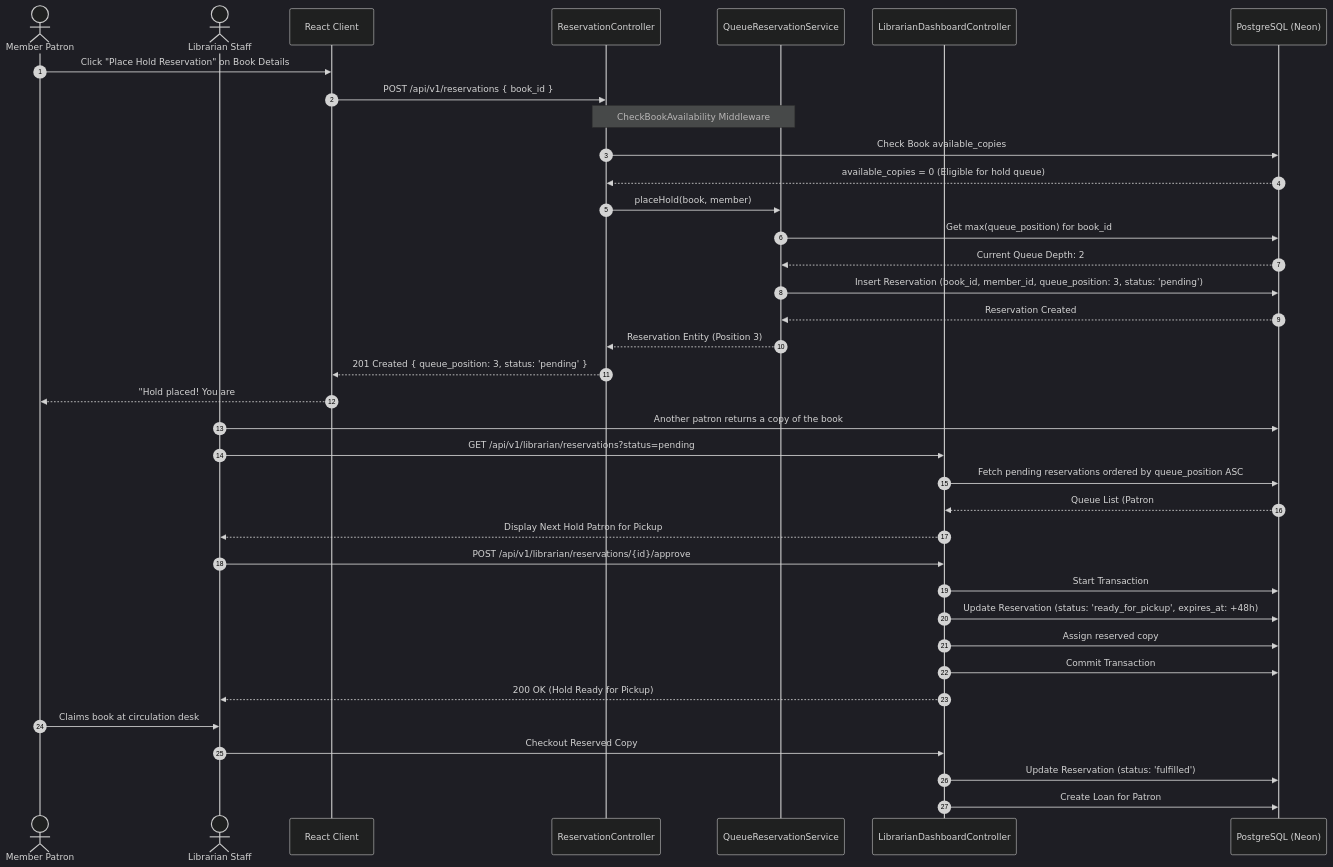
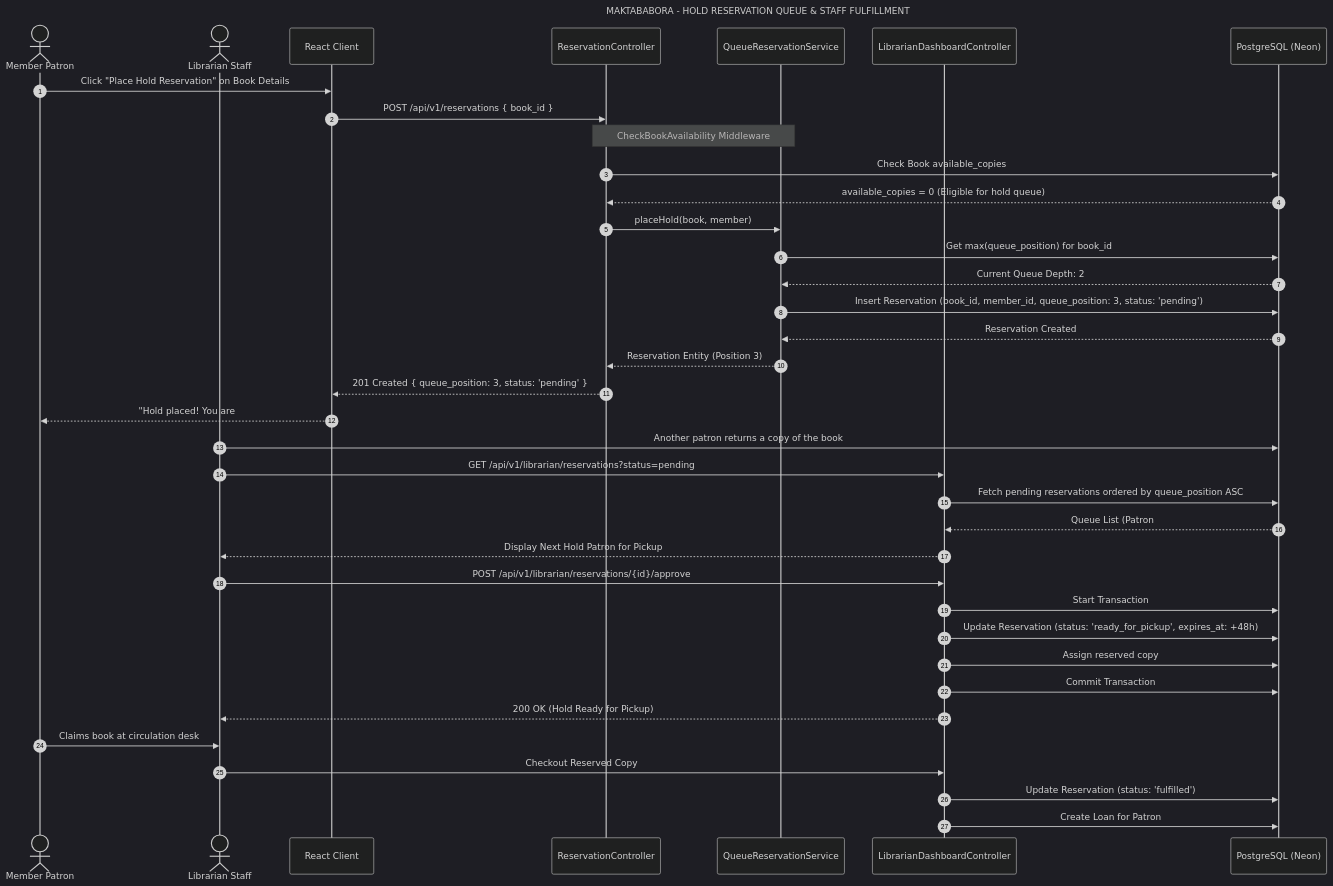
One commit to lornaarwa/MaktabaBora-Library-Management-System changed the third of 6 diagrams in docs/sequence_diagrams.md. Above: the diagram before and after it, drawn with Mermaid (dark theme). The commit also changed other lines of this file and 19 other files, not shown here.

Commit message:
docs(diagrams): optimize horizontal A4 layout, add titles, and rebrand to MaktabaBora

````diff
--- a/docs/sequence_diagrams.md
+++ b/docs/sequence_diagrams.md
@@ -126,48 +132,51 @@
 ```mermaid
+---
+title: MAKTABABORA - HOLD RESERVATION QUEUE & STAFF FULFILLMENT
+---
 sequenceDiagram
     autonumber
     actor Patron as Member Patron
     actor Lib as Librarian Staff
     participant App as React Client
     participant ResCtrl as ReservationController
     participant QueueSvc as QueueReservationService
     participant LibCtrl as LibrarianDashboardController
     participant DB as PostgreSQL (Neon)
 
     %% Placing Hold
     Patron->>App: Click "Place Hold Reservation" on Book Details
     App->>ResCtrl: POST /api/v1/reservations { book_id }
     
     Note over ResCtrl,QueueSvc: CheckBookAvailability Middleware
     ResCtrl->>DB: Check Book available_copies
     DB-->>ResCtrl: available_copies = 0 (Eligible for hold queue)
     
     ResCtrl->>QueueSvc: placeHold(book, member)
     QueueSvc->>DB: Get max(queue_position) for book_id
     DB-->>QueueSvc: Current Queue Depth: 2
     QueueSvc->>DB: Insert Reservation (book_id, member_id, queue_position: 3, status: 'pending')
     DB-->>QueueSvc: Reservation Created
     QueueSvc-->>ResCtrl: Reservation Entity (Position 3)
     ResCtrl-->>App: 201 Created { queue_position: 3, status: 'pending' }
     App-->>Patron: "Hold placed! You are #3 in queue."
 
     %% Book Returned & Staff Fulfillment
     Lib->>DB: Another patron returns a copy of the book
     Lib->>LibCtrl: GET /api/v1/librarian/reservations?status=pending
     LibCtrl->>DB: Fetch pending reservations ordered by queue_position ASC
     DB-->>LibCtrl: Queue List (Patron #1 is next)
     LibCtrl-->>Lib: Display Next Hold Patron for Pickup
     
     Lib->>LibCtrl: POST /api/v1/librarian/reservations/{id}/approve
     LibCtrl->>DB: Start Transaction
     LibCtrl->>DB: Update Reservation (status: 'ready_for_pickup', expires_at: +48h)
     LibCtrl->>DB: Assign reserved copy
     LibCtrl->>DB: Commit Transaction
     LibCtrl-->>Lib: 200 OK (Hold Ready for Pickup)
     
     %% Patron Picks Up Book
     Patron->>Lib: Claims book at circulation desk
     Lib->>LibCtrl: Checkout Reserved Copy
     LibCtrl->>DB: Update Reservation (status: 'fulfilled')
     LibCtrl->>DB: Create Loan for Patron
 ```
````
